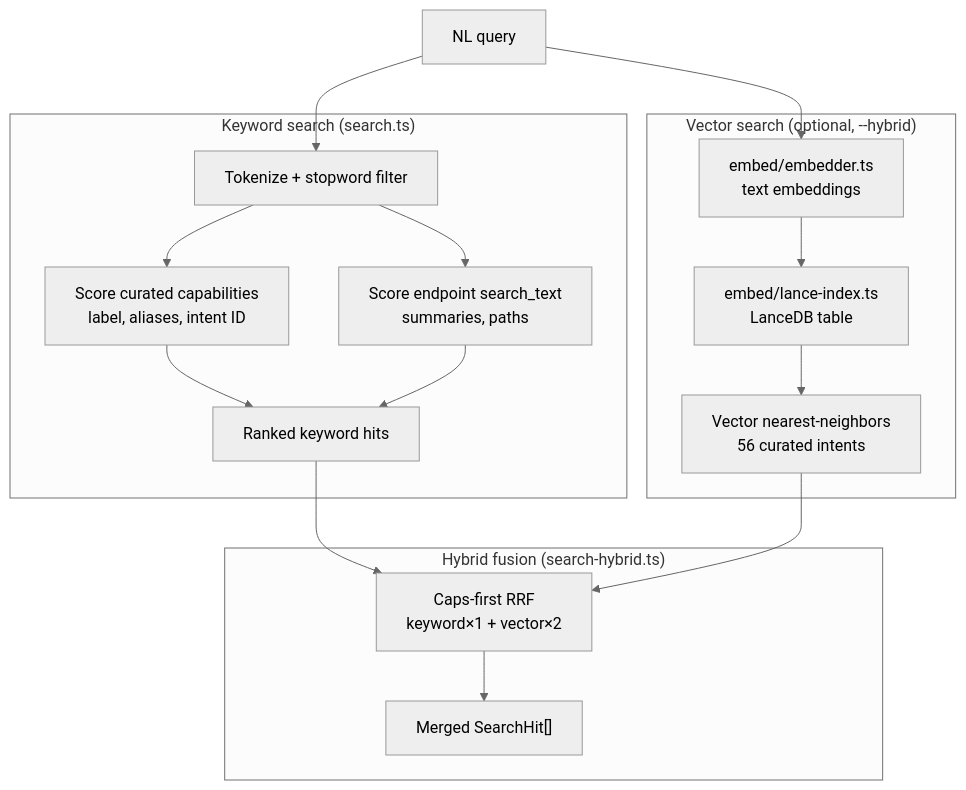
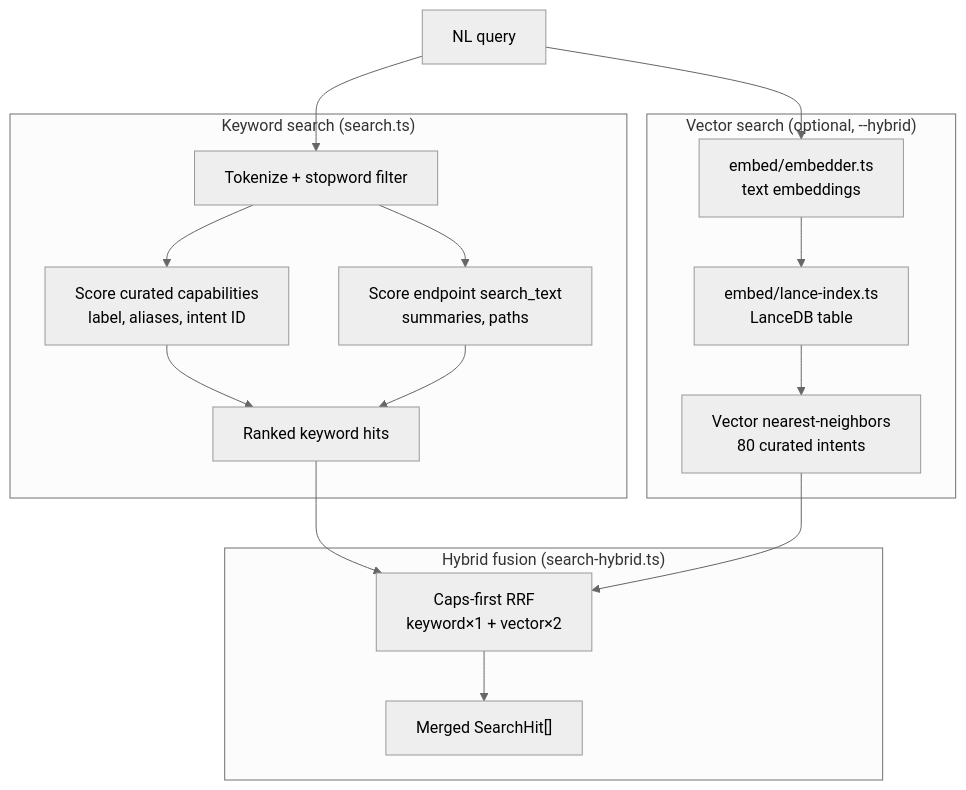
The third of 5 diagrams in ARCHITECTURE.md (Syntalic/OASIS), drawn with Mermaid (neutral theme) before and after one commit. The commit also changed other lines of this file and 15 other files, not shown here.

````diff
--- a/ARCHITECTURE.md
+++ b/ARCHITECTURE.md
@@ -118,32 +118,32 @@
 ```mermaid
 flowchart TB
   Q["NL query"]
 
   subgraph keyword["Keyword search (search.ts)"]
     TOK["Tokenize + stopword filter"]
     CAPS["Score curated capabilities<br/>label, aliases, intent ID"]
     EPS["Score endpoint search_text<br/>summaries, paths"]
     KW["Ranked keyword hits"]
   end
 
   subgraph vector["Vector search (optional, --hybrid)"]
     EMB["embed/embedder.ts<br/>text embeddings"]
     LANCE["embed/lance-index.ts<br/>LanceDB table"]
-    VEC["Vector nearest-neighbors<br/>56 curated intents"]
+    VEC["Vector nearest-neighbors<br/>80 curated intents"]
   end
 
   subgraph fusion["Hybrid fusion (search-hybrid.ts)"]
     RRF["Caps-first RRF<br/>keyword×1 + vector×2"]
     OUT["Merged SearchHit[]"]
   end
 
   Q --> TOK
   TOK --> CAPS --> KW
   TOK --> EPS --> KW
 
   Q --> EMB --> LANCE --> VEC
 
   KW --> RRF
   VEC --> RRF
   RRF --> OUT
 ```
````
